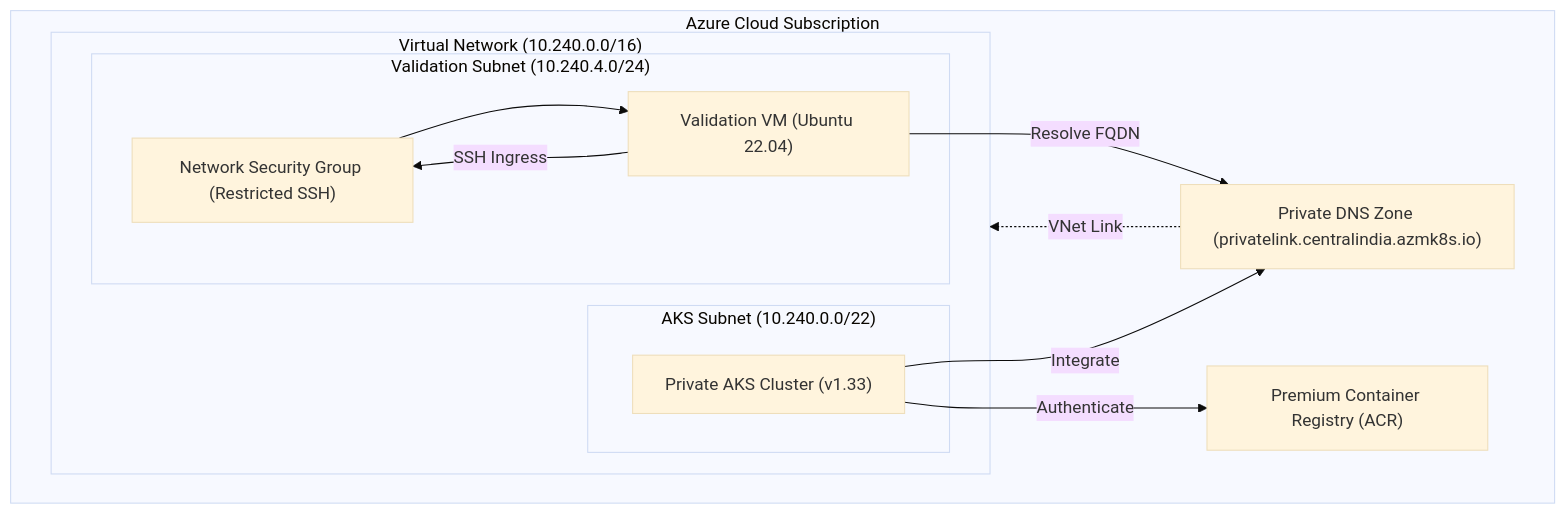
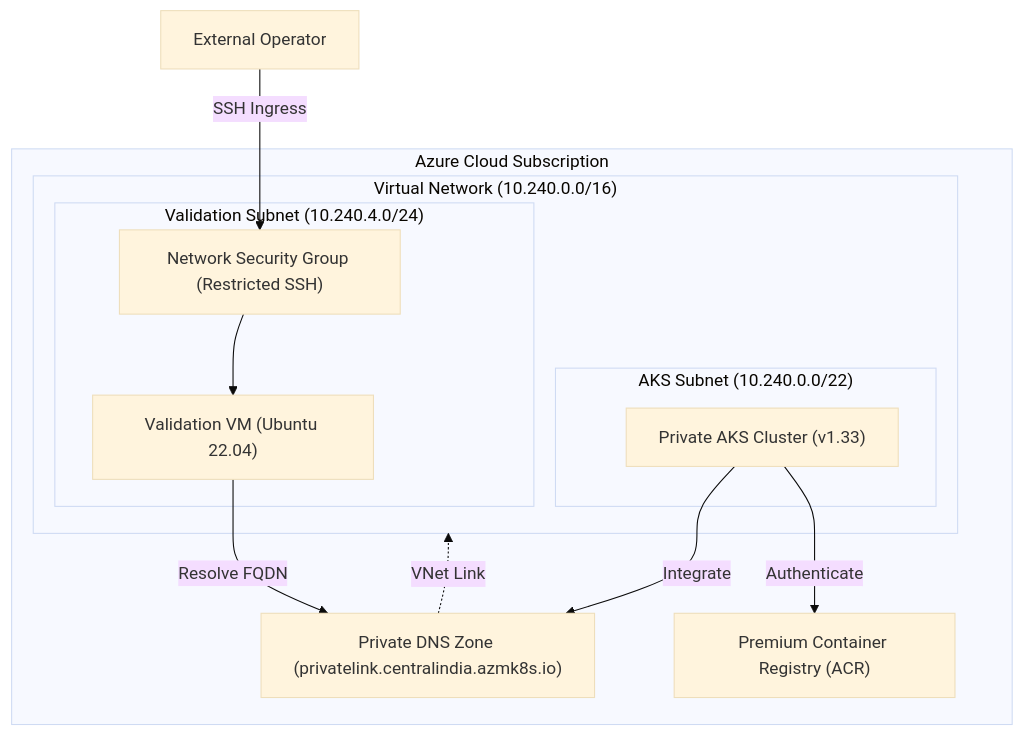
Before and after one commit to aslahea/terraform-azure-private-aks: the diagram in README.md, drawn with Mermaid (base theme).

Commit message:
docs: correct SSH ingress path in architecture diagram

````diff
--- a/README.md
+++ b/README.md
@@ -15,26 +15,27 @@
 ```mermaid
 graph TD
+    Operator["External Operator"] -->|SSH Ingress| NSG
+    
     subgraph "Azure Cloud Subscription"
         subgraph VNET["Virtual Network (10.240.0.0/16)"]
             subgraph "AKS Subnet (10.240.0.0/22)"
                 AKS["Private AKS Cluster (v1.33)"]
             end
             
             subgraph "Validation Subnet (10.240.4.0/24)"
                 NSG["Network Security Group (Restricted SSH)"]
                 VM["Validation VM (Ubuntu 22.04)"]
                 NSG --> VM
             end
         end
 
         ACR["Premium Container Registry (ACR)"]
         DNS["Private DNS Zone (privatelink.centralindia.azmk8s.io)"]
         
         %% Links
         DNS -.->|VNet Link| VNET
-        VM -->|SSH Ingress| NSG
         VM -->|Resolve FQDN| DNS
         AKS -->|Integrate| DNS
         AKS -->|Authenticate| ACR
     end
 ```
````
